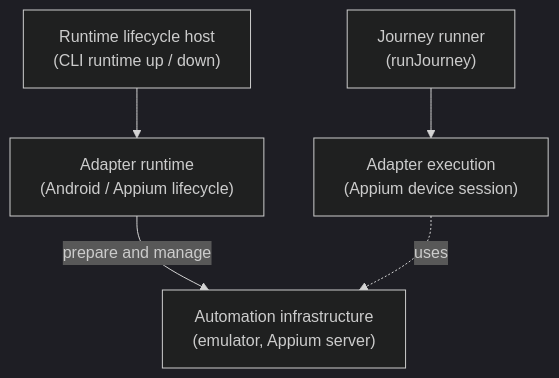
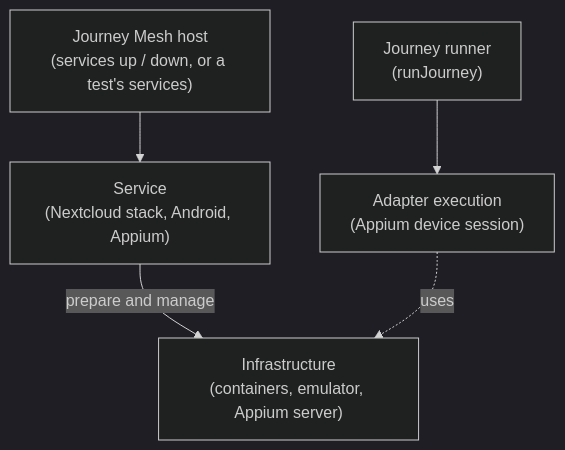
The fourth of 6 diagrams in README.md (openuji/journey-mesh), drawn with Mermaid (dark theme) before and after one commit. The commit also changed other lines of this file and 209 other files, not shown here.

````diff
--- a/README.md
+++ b/README.md
@@ -104,7 +110,7 @@
 ```mermaid
 flowchart TB
-  host["Runtime lifecycle host<br/>(CLI runtime up / down)"] --> runtime["Adapter runtime<br/>(Android / Appium lifecycle)"]
-  runtime -->|prepare and manage| infrastructure["Automation infrastructure<br/>(emulator, Appium server)"]
+  host["Journey Mesh host<br/>(services up / down, or a test's services)"] --> service["Service<br/>(Nextcloud stack, Android, Appium)"]
+  service -->|prepare and manage| infrastructure["Infrastructure<br/>(containers, emulator, Appium server)"]
   runner["Journey runner<br/>(runJourney)"] --> execution["Adapter execution<br/>(Appium device session)"]
   execution -.->|uses| infrastructure
 ```
````
